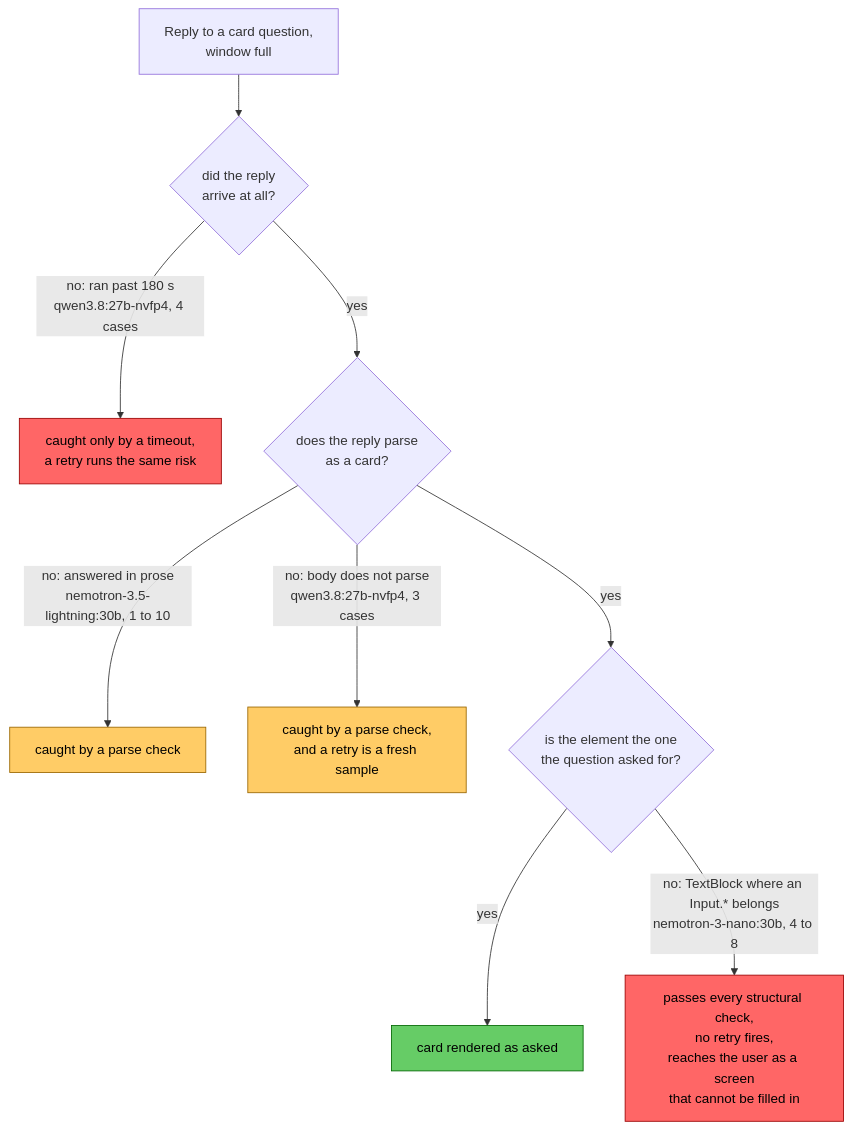
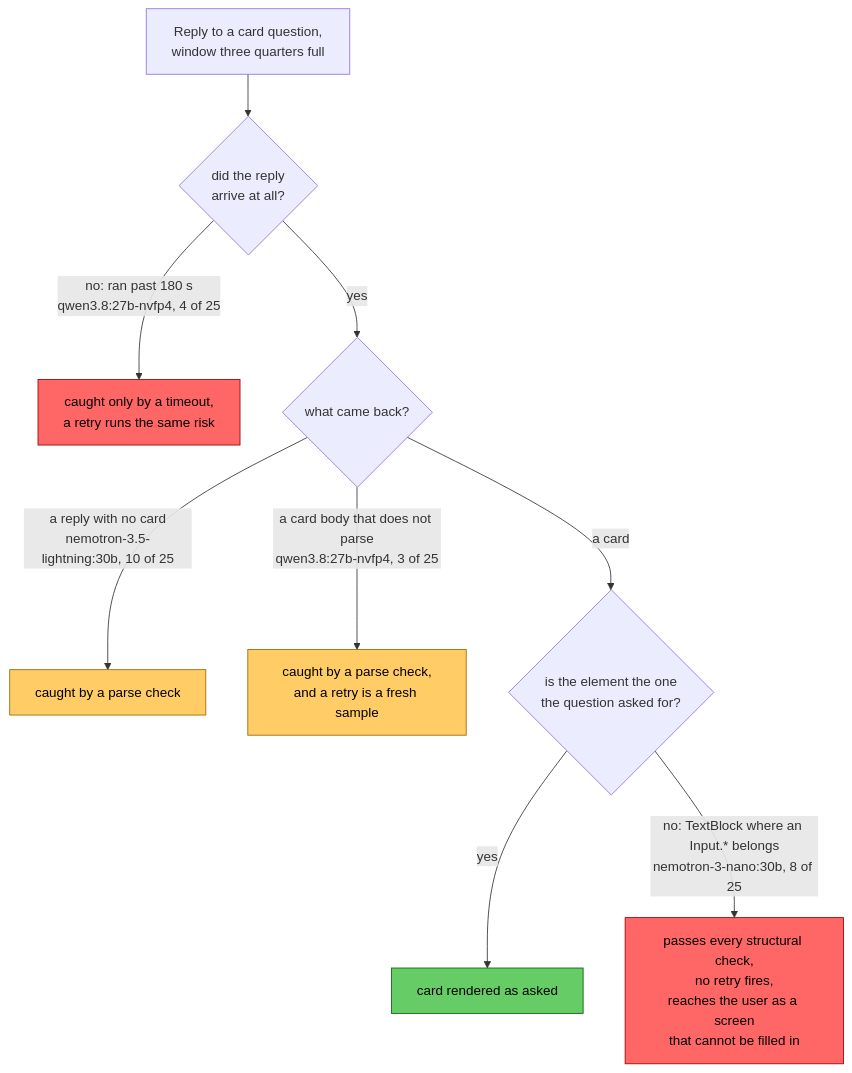
Before and after one commit to freemansoft/Flutter-AdaptiveCards: the second of 2 diagrams in adaptive_chat_server_dart/blog/article-7-full-context-cost-draft.md, drawn with Mermaid. The commit also changed other lines of this file and 2 other files, not shown here.

````diff
--- a/adaptive_chat_server_dart/blog/article-7-full-context-cost-draft.md
+++ b/adaptive_chat_server_dart/blog/article-7-full-context-cost-draft.md
@@ -198,16 +205,16 @@
 ```mermaid
 flowchart TD
-  R["Reply to a card question,\nwindow full"] --> T{"did the reply\narrive at all?"}
-  T -- "no: ran past 180 s\nqwen3.8:27b-nvfp4, 4 cases" --> STALL["caught only by a timeout,\na retry runs the same risk"]
-  T -- yes --> D{"does the reply parse\nas a card?"}
-  D -- "no: answered in prose\nnemotron-3.5-lightning:30b, 1 to 10" --> CAUGHT["caught by a parse check"]
-  D -- "no: body does not parse\nqwen3.8:27b-nvfp4, 3 cases" --> RETRY["caught by a parse check,\nand a retry is a fresh sample"]
-  D -- yes --> E{"is the element the one\nthe question asked for?"}
+  R["Reply to a card question,\nwindow three quarters full"] --> T{"did the reply\narrive at all?"}
+  T -- "no: ran past 180 s\nqwen3.8:27b-nvfp4, 4 of 25" --> STALL["caught only by a timeout,\na retry runs the same risk"]
+  T -- yes --> D{"what came back?"}
+  D -- "a reply with no card\nnemotron-3.5-lightning:30b, 10 of 25" --> CAUGHT["caught by a parse check"]
+  D -- "a card body that does not parse\nqwen3.8:27b-nvfp4, 3 of 25" --> RETRY["caught by a parse check,\nand a retry is a fresh sample"]
+  D -- "a card" --> E{"is the element the one\nthe question asked for?"}
   E -- yes --> OK["card rendered as asked"]
-  E -- "no: TextBlock where an Input.* belongs\nnemotron-3-nano:30b, 4 to 8" --> BLANK["passes every structural check,\nno retry fires,\nreaches the user as a screen\nthat cannot be filled in"]
+  E -- "no: TextBlock where an Input.* belongs\nnemotron-3-nano:30b, 8 of 25" --> BLANK["passes every structural check,\nno retry fires,\nreaches the user as a screen\nthat cannot be filled in"]
   style OK fill:#6c6,stroke:#060,color:#000
   style CAUGHT fill:#fc6,stroke:#960,color:#000
   style RETRY fill:#fc6,stroke:#960,color:#000
   style STALL fill:#f66,stroke:#900,color:#000
   style BLANK fill:#f66,stroke:#900,color:#000
 ```
````
